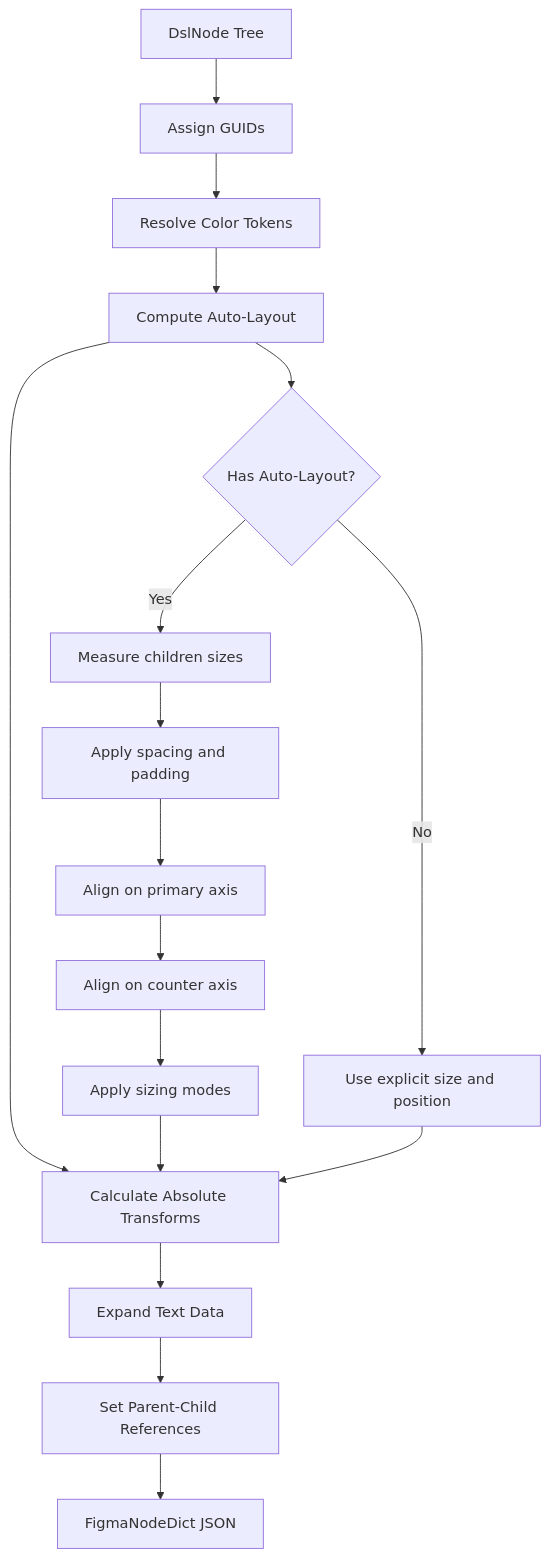
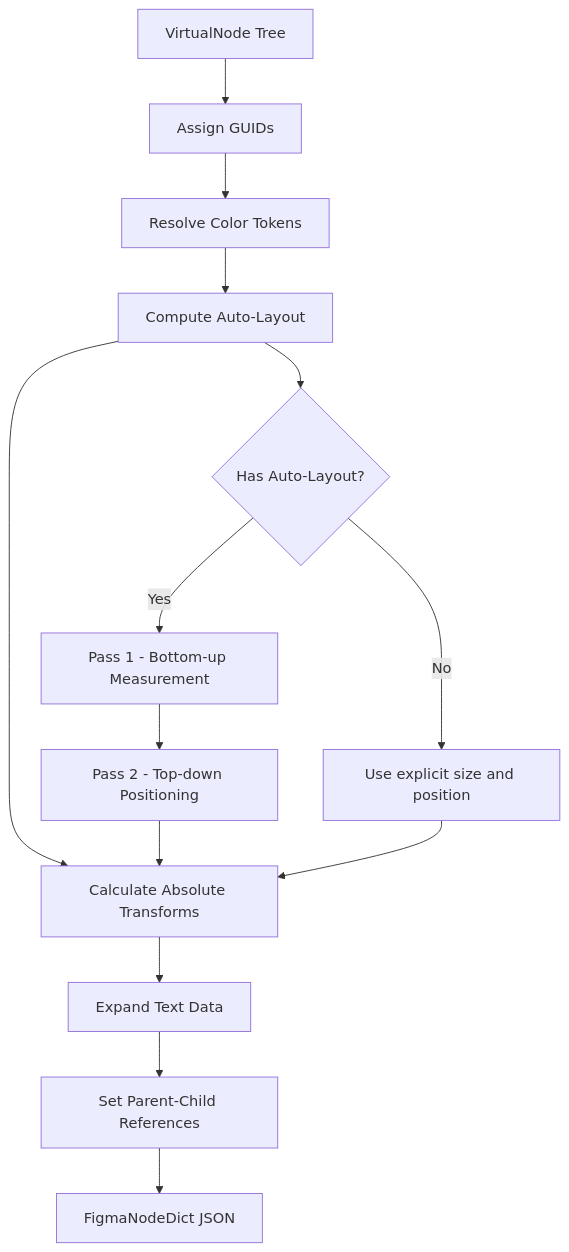
The fourth of 5 diagrams in .kiro/specs/figma-component-dsl/design.md (TETRA2000/figma-component-dsl), drawn with Mermaid before and after one commit. The commit also changed other lines of this file and 2 other files, not shown here.

First line of the commit message:
Regenerate design: adapter pattern for DSL-as-Plugin-API-code + AI skill

````diff
--- a/.kiro/specs/figma-component-dsl/design.md
+++ b/.kiro/specs/figma-component-dsl/design.md
@@ -144,20 +160,17 @@
 ```mermaid
 flowchart TB
-    A[DslNode Tree] --> B[Assign GUIDs]
+    A[VirtualNode Tree] --> B[Assign GUIDs]
     B --> C[Resolve Color Tokens]
     C --> D[Compute Auto-Layout]
     D --> E[Calculate Absolute Transforms]
     E --> F[Expand Text Data]
     F --> G[Set Parent-Child References]
     G --> H[FigmaNodeDict JSON]
 
     D --> D1{Has Auto-Layout?}
-    D1 -->|Yes| D2[Measure children sizes]
-    D2 --> D3[Apply spacing and padding]
-    D3 --> D4[Align on primary axis]
-    D4 --> D5[Align on counter axis]
-    D5 --> D6[Apply sizing modes]
+    D1 -->|Yes| D2[Pass 1 - Bottom-up Measurement]
+    D2 --> D3[Pass 2 - Top-down Positioning]
     D1 -->|No| D7[Use explicit size and position]
-    D6 --> E
+    D3 --> E
     D7 --> E
 ```
````
